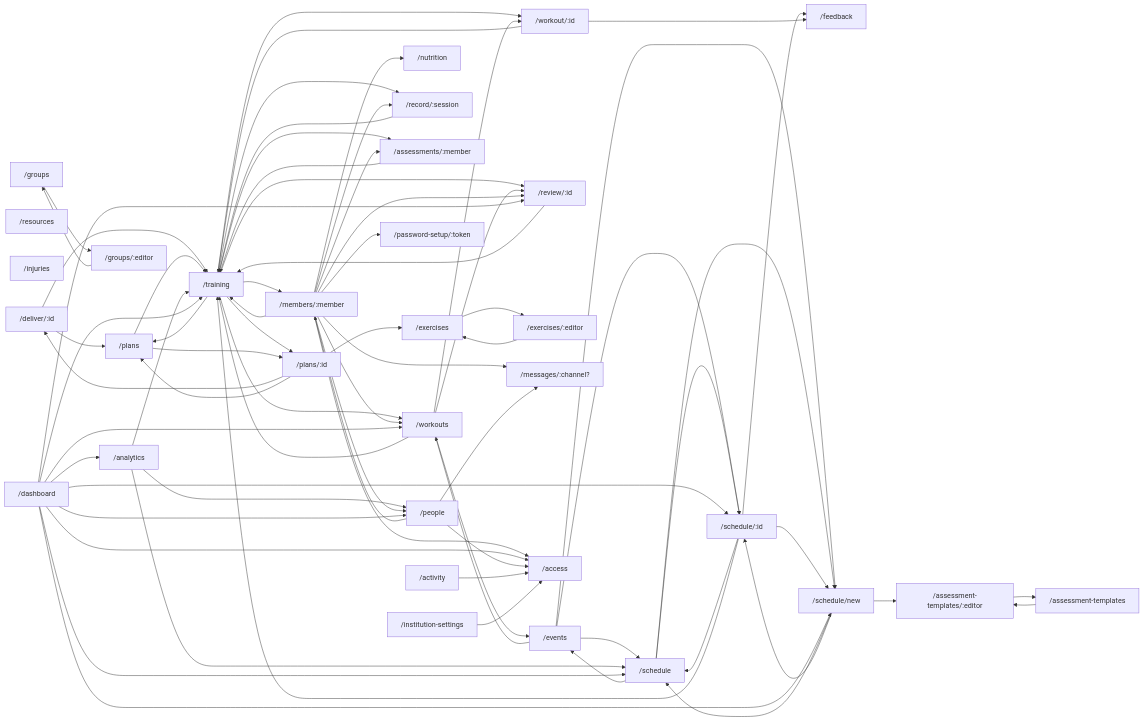
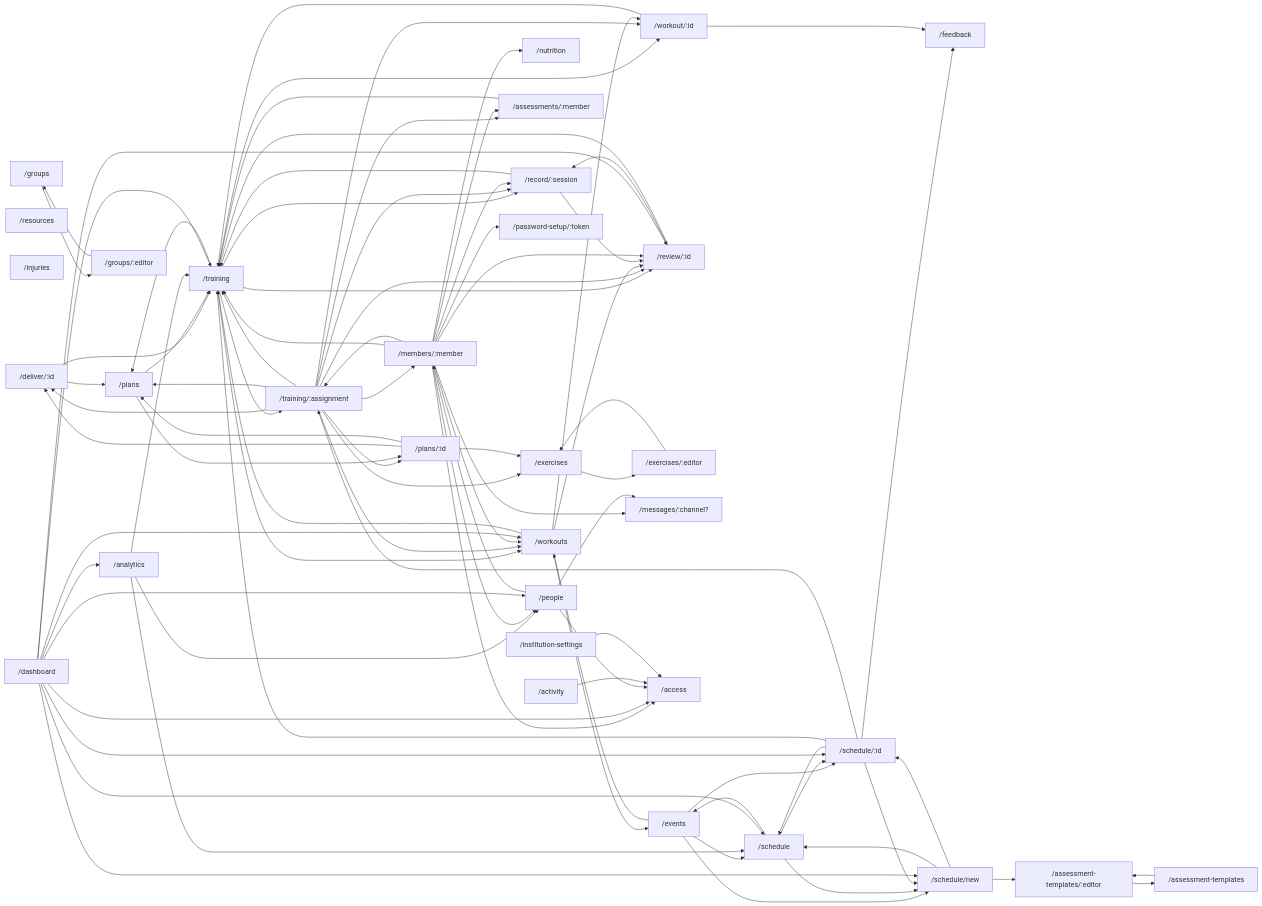
Before and after one commit to Rafik-Athlete-Managment/Rafik-OpenSource: the second of 2 diagrams in docs/reference/frontend/navigation.md, drawn with Mermaid. The commit also changed other lines of this file and 57 other files, not shown here.

````diff
--- a/docs/reference/frontend/navigation.md
+++ b/docs/reference/frontend/navigation.md
@@ -172,105 +174,119 @@
 flowchart LR
   r1["/deliver/:id"]
   r2["/training"]
-  r3["/events"]
-  r4["/workouts"]
-  r5["/review/:id"]
-  r6["/plans"]
-  r7["/plans/:id"]
-  r8["/feedback"]
-  r9["/exercises"]
-  r10["/exercises/:editor"]
-  r11["/resources"]
-  r12["/nutrition"]
-  r13["/injuries"]
-  r14["/analytics"]
-  r15["/messages/:channel?"]
-  r16["/schedule"]
-  r17["/schedule/new"]
-  r18["/schedule/:id"]
-  r19["/groups"]
-  r20["/groups/:editor"]
-  r21["/assessment-templates"]
-  r22["/assessment-templates/:editor"]
-  r23["/record/:session"]
-  r24["/members/:member"]
-  r25["/assessments/:member"]
-  r26["/dashboard"]
-  r27["/people"]
-  r28["/activity"]
-  r29["/institution-settings"]
-  r36["/workout/:id"]
-  r30["/access"]
-  r34["/password-setup/:token"]
-  r1 --> r6
+  r3["/training/:assignment"]
+  r4["/events"]
+  r5["/workouts"]
+  r6["/review/:id"]
+  r7["/plans"]
+  r8["/plans/:id"]
+  r9["/feedback"]
+  r10["/exercises"]
+  r11["/exercises/:editor"]
+  r12["/resources"]
+  r13["/nutrition"]
+  r14["/injuries"]
+  r15["/analytics"]
+  r16["/messages/:channel?"]
+  r17["/schedule"]
+  r18["/schedule/new"]
+  r19["/schedule/:id"]
+  r20["/groups"]
+  r21["/groups/:editor"]
+  r22["/assessment-templates"]
+  r23["/assessment-templates/:editor"]
+  r24["/record/:session"]
+  r25["/members/:member"]
+  r26["/assessments/:member"]
+  r27["/dashboard"]
+  r28["/people"]
+  r29["/activity"]
+  r30["/institution-settings"]
+  r37["/workout/:id"]
+  r31["/access"]
+  r35["/password-setup/:token"]
+  r1 --> r7
   r1 --> r2
-  r2 --> r25
+  r2 --> r7
   r2 --> r24
   r2 --> r6
-  r2 --> r7
-  r2 --> r23
+  r2 --> r3
+  r2 --> r37
   r2 --> r5
-  r2 --> r36
-  r2 --> r4
-  r3 --> r16
-  r3 --> r18
-  r3 --> r17
-  r3 --> r4
-  r4 --> r3
+  r3 --> r26
+  r3 --> r1
+  r3 --> r10
+  r3 --> r25
+  r3 --> r7
+  r3 --> r8
+  r3 --> r24
+  r3 --> r6
+  r3 --> r2
+  r3 --> r37
+  r3 --> r5
+  r4 --> r17
+  r4 --> r19
+  r4 --> r18
   r4 --> r5
-  r4 --> r2
-  r4 --> r36
+  r5 --> r4
+  r5 --> r6
   r5 --> r2
-  r6 --> r7
+  r5 --> r37
+  r6 --> r24
   r6 --> r2
-  r7 --> r1
-  r7 --> r9
-  r7 --> r6
-  r9 --> r10
-  r10 --> r9
-  r14 --> r27
-  r14 --> r16
-  r14 --> r2
-  r16 --> r3
-  r16 --> r18
-  r16 --> r17
-  r17 --> r22
-  r17 --> r16
+  r7 --> r8
+  r7 --> r2
+  r8 --> r1
+  r8 --> r10
+  r8 --> r7
+  r10 --> r11
+  r11 --> r10
+  r15 --> r28
+  r15 --> r17
+  r15 --> r2
+  r17 --> r4
+  r17 --> r19
   r17 --> r18
-  r18 --> r8
-  r18 --> r16
+  r18 --> r23
   r18 --> r17
-  r18 --> r2
-  r19 --> r20
-  r20 --> r19
-  r21 --> r22
-  r22 --> r21
-  r23 --> r2
-  r24 --> r30
-  r24 --> r25
-  r24 --> r15
-  r24 --> r12
-  r24 --> r34
-  r24 --> r27
-  r24 --> r23
-  r24 --> r5
+  r18 --> r19
+  r19 --> r9
+  r19 --> r17
+  r19 --> r18
+  r19 --> r2
+  r19 --> r3
+  r20 --> r21
+  r21 --> r20
+  r22 --> r23
+  r23 --> r22
+  r24 --> r6
   r24 --> r2
-  r24 --> r4
+  r25 --> r31
+  r25 --> r26
+  r25 --> r16
+  r25 --> r13
+  r25 --> r35
+  r25 --> r28
+  r25 --> r24
+  r25 --> r6
   r25 --> r2
-  r26 --> r30
-  r26 --> r27
-  r26 --> r14
+  r25 --> r3
+  r25 --> r5
   r26 --> r2
-  r26 --> r16
-  r26 --> r17
-  r26 --> r18
-  r26 --> r5
-  r26 --> r4
-  r27 --> r30
-  r27 --> r24
+  r27 --> r31
+  r27 --> r28
   r27 --> r15
-  r28 --> r30
-  r29 --> r30
-  r36 --> r8
-  r36 --> r2
+  r27 --> r2
+  r27 --> r17
+  r27 --> r18
+  r27 --> r19
+  r27 --> r6
+  r27 --> r5
+  r28 --> r31
+  r28 --> r25
+  r28 --> r16
+  r29 --> r31
+  r30 --> r31
+  r37 --> r9
+  r37 --> r2
 ```
````
